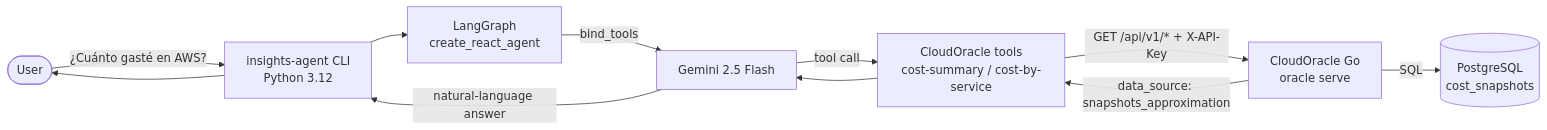
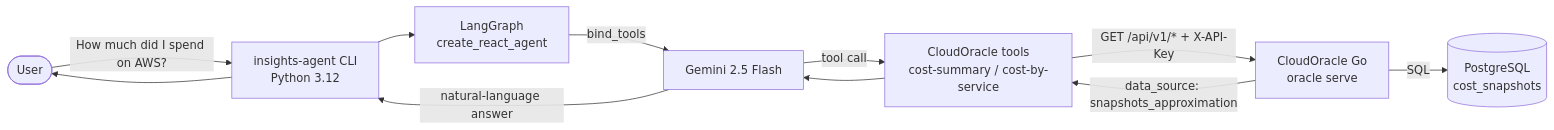
The diagram in README.md (Cro22/CloudOracle), drawn with Mermaid before and after one commit. The commit also changed other lines of this file and 12 other files, not shown here.

````diff
--- a/README.md
+++ b/README.md
@@ -20,13 +18,13 @@
 ```mermaid
 flowchart LR
-    U([User]) -->|"¿Cuánto gasté en AWS?"| CLI[insights-agent CLI<br/>Python 3.12]
+    U([User]) -->|"How much did I spend on AWS?"| CLI[insights-agent CLI<br/>Python 3.12]
     CLI --> G[LangGraph<br/>create_react_agent]
     G -->|"bind_tools"| LLM[Gemini 2.5 Flash]
     LLM -->|"tool call"| T[CloudOracle tools<br/>cost-summary / cost-by-service]
     T -->|"GET /api/v1/* + X-API-Key"| GO[CloudOracle Go<br/>oracle serve]
     GO -->|"SQL"| DB[(PostgreSQL<br/>cost_snapshots)]
     GO -->|"data_source: snapshots_approximation"| T
     T --> LLM
     LLM -->|"natural-language answer"| CLI
     CLI --> U
 ```
````
